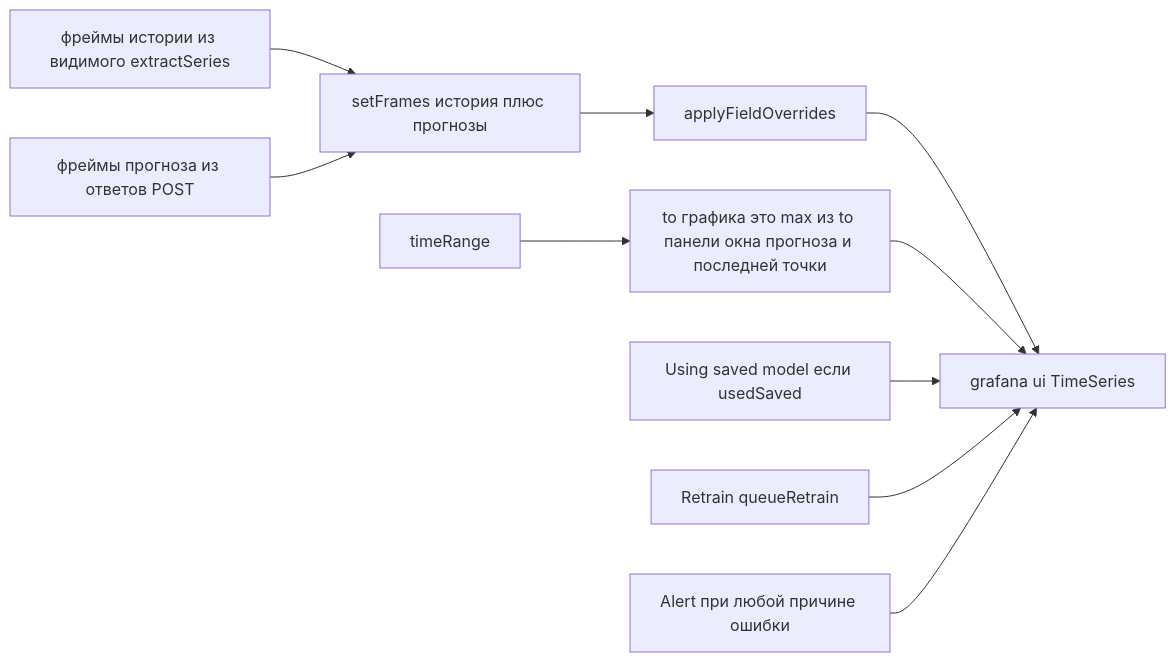
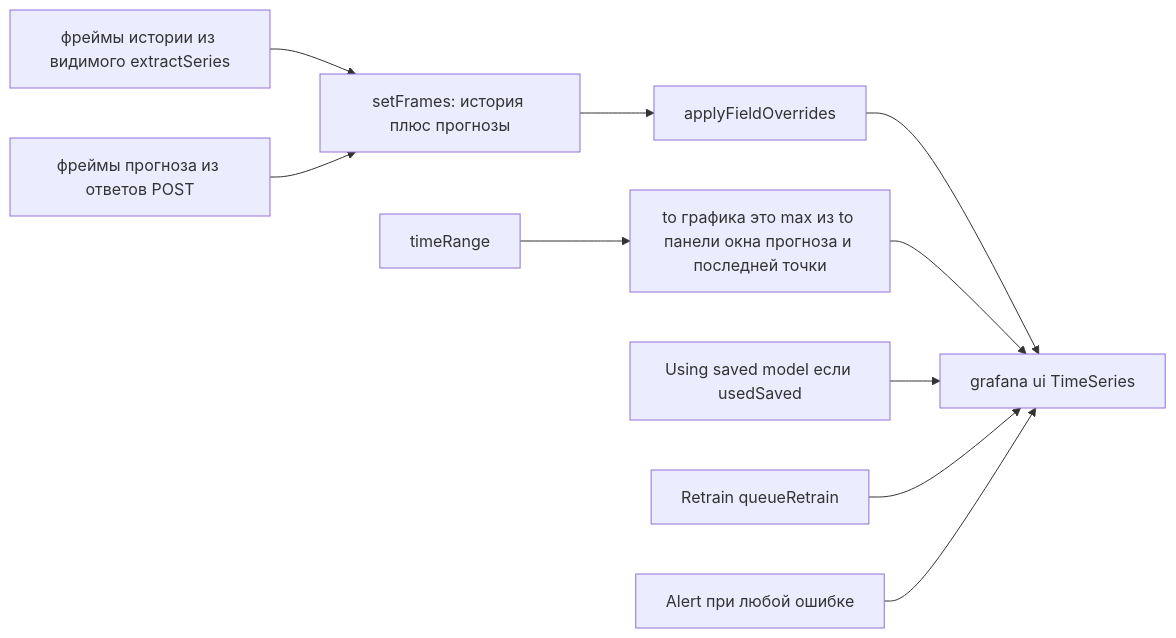
One commit to eduard-kolotushin/timeseries-grafana changed the diagram in diagrams/09-plot-composition.md. Above: the diagram before and after it, drawn with Mermaid. The commit also changed other lines of this file and 14 other files, not shown here.

Commit message:
Update diagrams

````diff
--- a/diagrams/09-plot-composition.md
+++ b/diagrams/09-plot-composition.md
@@ -9,12 +9,12 @@
 ```mermaid
 flowchart LR
-  H["фреймы истории из видимого extractSeries"] --> Merge["setFrames история плюс прогнозы"]
+  H["фреймы истории из видимого extractSeries"] --> Merge["setFrames: история плюс прогнозы"]
   F["фреймы прогноза из ответов POST"] --> Merge
   Merge --> OV["applyFieldOverrides"]
   OV --> TS["grafana ui TimeSeries"]
   TR["timeRange"] --> To["to графика это max из to панели окна прогноза и последней точки"]
   To --> TS
   Saved["Using saved model если usedSaved"] --> TS
   Retrain["Retrain queueRetrain"] --> TS
-  Err["Alert при любой причине ошибки"] --> TS
+  Err["Alert при любой ошибке"] --> TS
 ```
````
